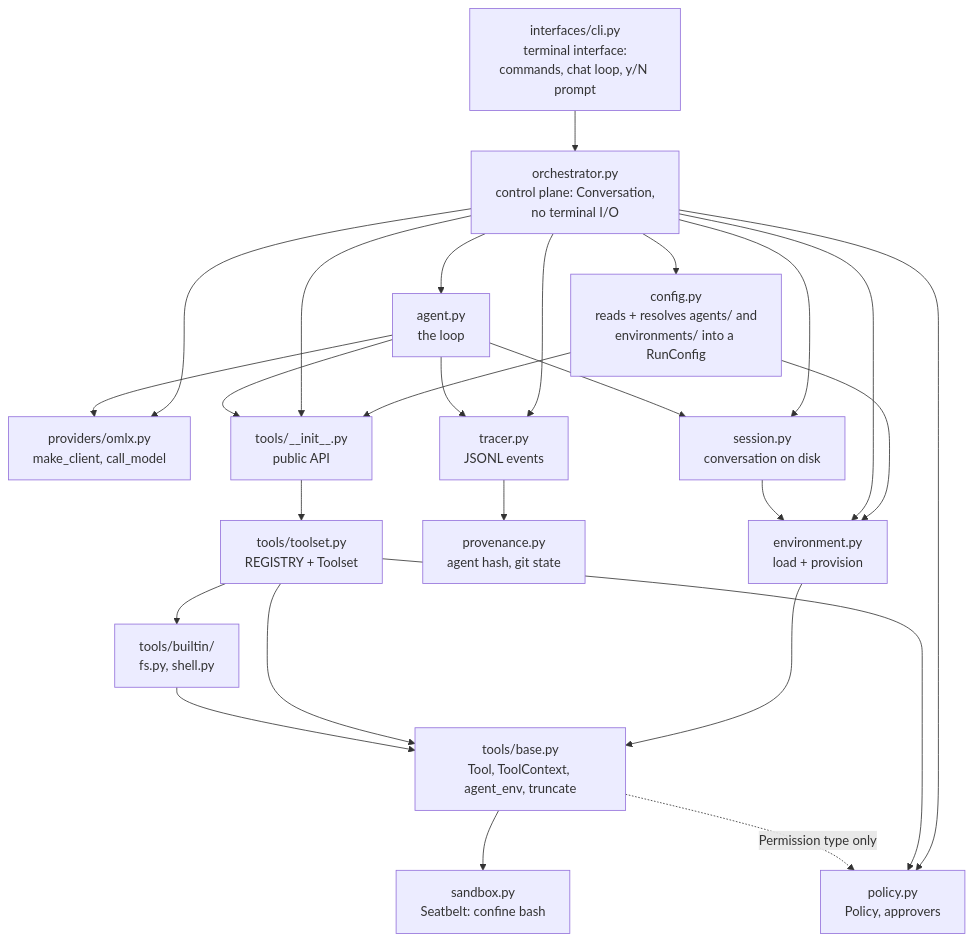
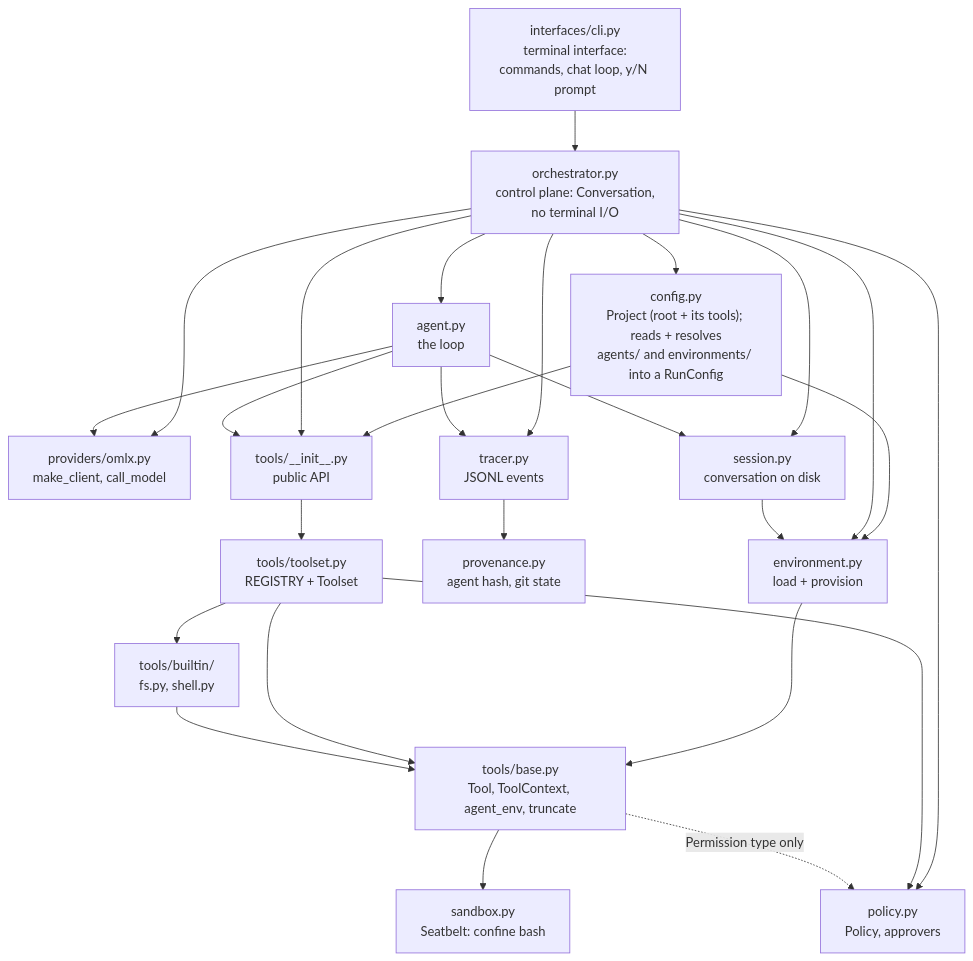
One commit to adgnvtefc/orchestra changed the fourth of 4 diagrams in visual_representation.md. Above: the diagram before and after it, drawn with Mermaid. The commit also changed other lines of this file and 15 other files, not shown here.

````diff
--- a/visual_representation.md
+++ b/visual_representation.md
@@ -372,28 +373,28 @@
 ```mermaid
 flowchart TD
     climod["interfaces/cli.py<br/>terminal interface:<br/>commands, chat loop, y/N prompt"] --> orch
     orch["orchestrator.py<br/>control plane: Conversation,<br/>no terminal I/O"] --> agent["agent.py<br/>the loop"]
-    orch --> loader["config.py<br/>reads + resolves agents/ and<br/>environments/ into a RunConfig"]
+    orch --> loader["config.py<br/>Project (root + its tools); reads + resolves<br/>agents/ and environments/ into a RunConfig"]
     orch --> providers["providers/omlx.py<br/>make_client, call_model"]
     base --> sandboxmod["sandbox.py<br/>Seatbelt: confine bash"]
     agent --> providers
     loader --> envmod
     loader --> tools_api
     orch --> sessionmod["session.py<br/>conversation on disk"]
     orch --> envmod["environment.py<br/>load + provision"]
     envmod --> base
     agent --> sessionmod
     sessionmod --> envmod
     orch --> policy["policy.py<br/>Policy, approvers"]
     orch --> tools_api["tools/__init__.py<br/>public API"]
     orch --> tracer["tracer.py<br/>JSONL events"]
     agent --> tracer
     tracer --> prov["provenance.py<br/>agent hash, git state"]
     agent --> tools_api
     tools_api --> toolset["tools/toolset.py<br/>REGISTRY + Toolset"]
     toolset --> policy
     toolset --> builtin["tools/builtin/<br/>fs.py, shell.py"]
     toolset --> base["tools/base.py<br/>Tool, ToolContext, agent_env, truncate"]
     builtin --> base
     base -.->|"Permission type only"| policy
 ```
````
